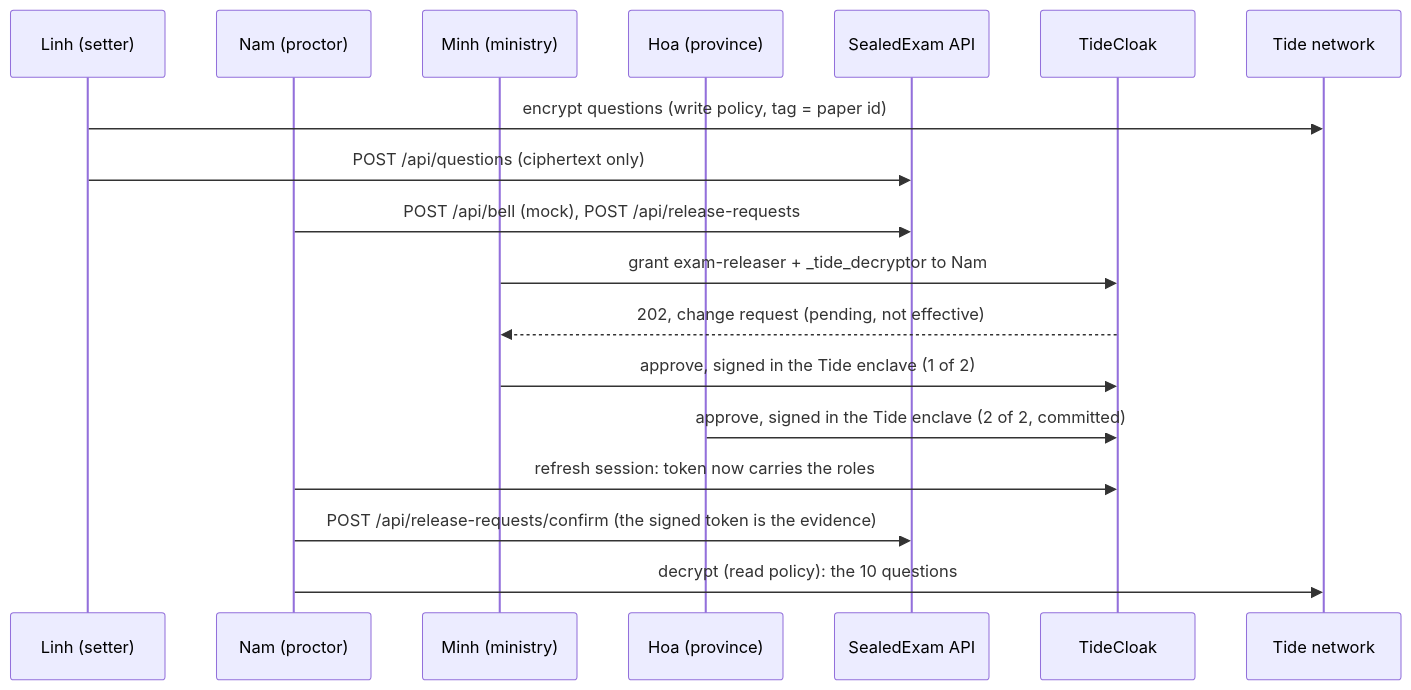
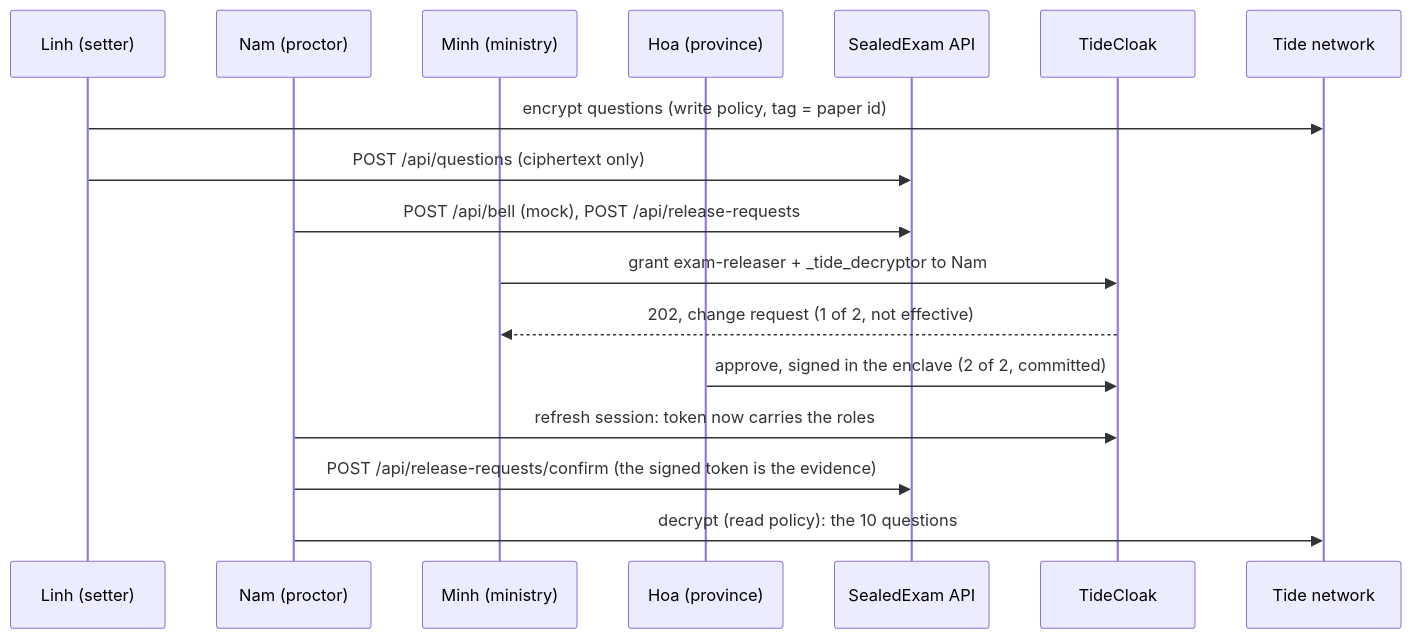
The second of 2 diagrams in README.md (TienLe-0207/RMIT_SGS_TungTungTungSahur_C2), drawn with Mermaid before and after one commit. The commit also changed other lines of this file and 9 other files, not shown here.

````diff
--- a/README.md
+++ b/README.md
@@ -73,21 +74,20 @@
 ```mermaid
 sequenceDiagram
   participant L as Linh (setter)
   participant N as Nam (proctor)
   participant M as Minh (ministry)
   participant H as Hoa (province)
   participant API as SealedExam API
   participant TC as TideCloak
   participant ORK as Tide network
 
   L->>ORK: encrypt questions (write policy, tag = paper id)
   L->>API: POST /api/questions (ciphertext only)
   N->>API: POST /api/bell (mock), POST /api/release-requests
   M->>TC: grant exam-releaser + _tide_decryptor to Nam
-  TC-->>M: 202, change request (pending, not effective)
-  M->>TC: approve, signed in the Tide enclave (1 of 2)
-  H->>TC: approve, signed in the Tide enclave (2 of 2, committed)
+  TC-->>M: 202, change request (1 of 2, not effective)
+  H->>TC: approve, signed in the enclave (2 of 2, committed)
   N->>TC: refresh session: token now carries the roles
   N->>API: POST /api/release-requests/confirm (the signed token is the evidence)
   N->>ORK: decrypt (read policy): the 10 questions
 ```
````
